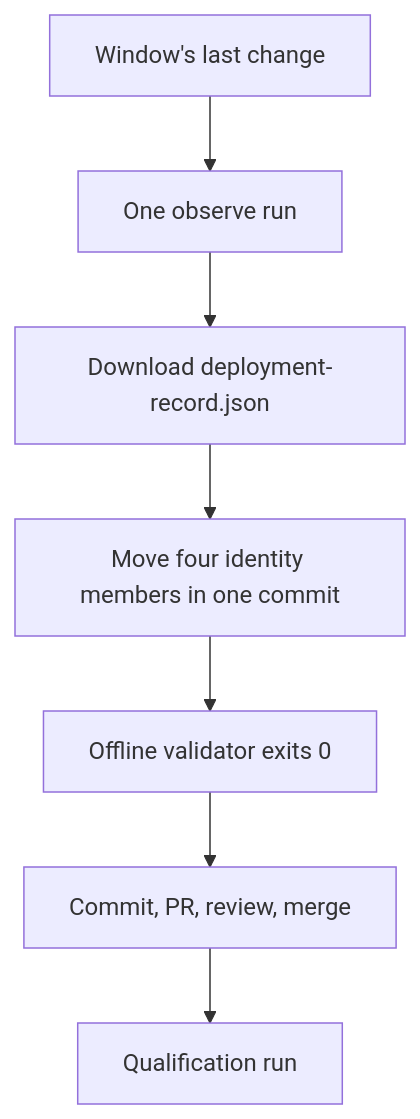
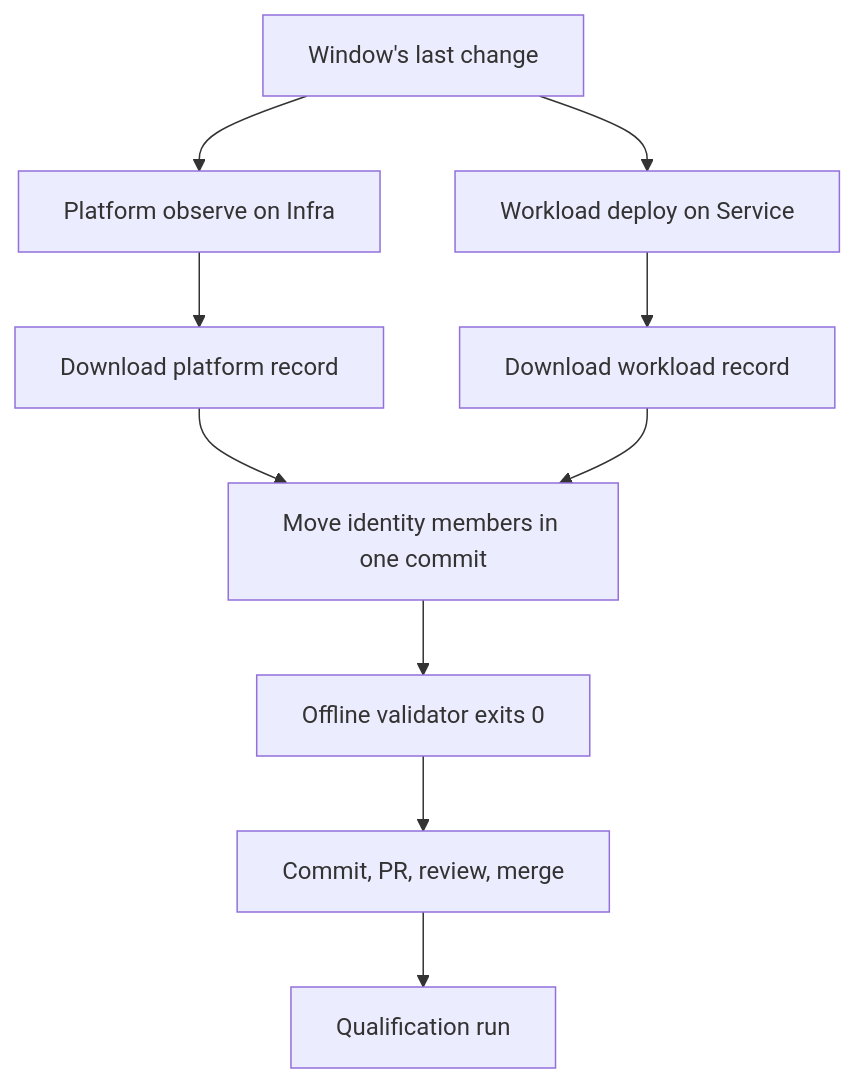
Before and after one commit to git-malu/AnyWear-E2E: the diagram in docs/compatibility-pin.md, drawn with Mermaid. The commit also changed other lines of this file and 34 other files, not shown here.

````diff
--- a/docs/compatibility-pin.md
+++ b/docs/compatibility-pin.md
@@ -39,9 +85,12 @@
 ```mermaid
 flowchart TD
-    A[Window's last change] --> B[One observe run]
-    B --> C[Download deployment-record.json]
-    C --> D[Move four identity members in one commit]
-    D --> E[Offline validator exits 0]
-    E --> F[Commit, PR, review, merge]
-    F --> G[Qualification run]
+    A[Window's last change] --> B[Platform observe on Infra]
+    A --> C[Workload deploy on Service]
+    B --> D[Download platform record]
+    C --> E[Download workload record]
+    D --> F[Move identity members in one commit]
+    E --> F
+    F --> G[Offline validator exits 0]
+    G --> H[Commit, PR, review, merge]
+    H --> I[Qualification run]
 ```
````
